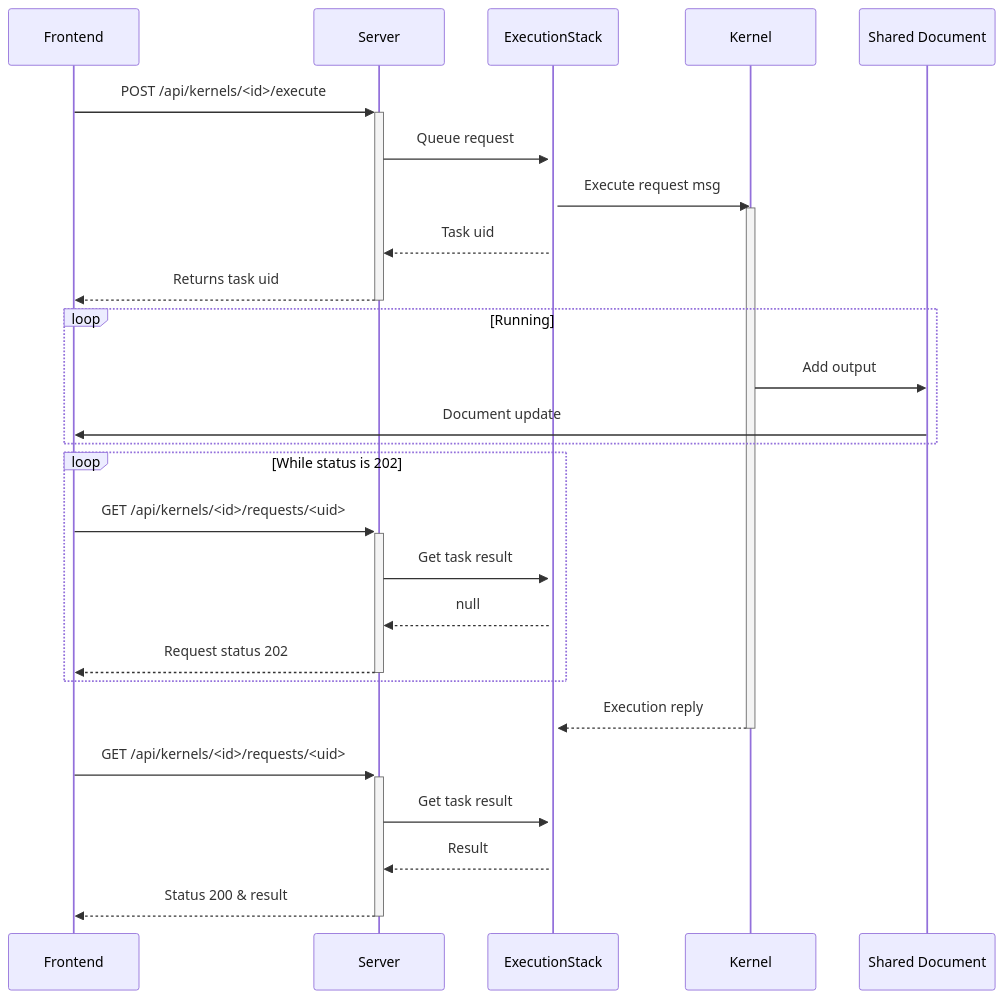
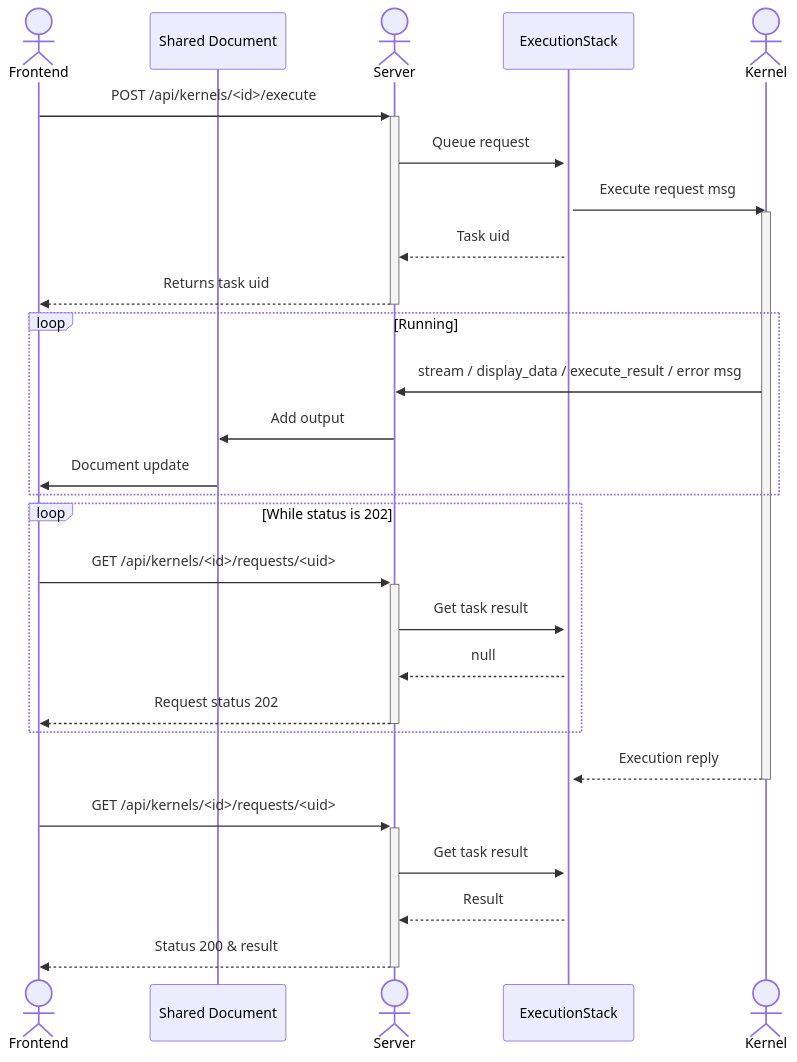
One commit to datalayer/jupyter-server-nbmodel changed the first of 2 diagrams in README.md. Above: the diagram before and after it, drawn with Mermaid. The commit also changed other lines of this file, not shown here.

Commit message:
Diagram fix: Kernel doesn't update Y doc, Server does
- also moved Shared document left between Frontend and Server
- using `actor` stick figure shapes for actual separate processes

````diff
--- a/README.md
+++ b/README.md
@@ -75,25 +75,27 @@
 ```mermaid
 sequenceDiagram
+    actor Frontend; participant Shared Document; actor Server; participant ExecutionStack; actor Kernel
     Frontend->>+Server: POST /api/kernels/<id>/execute
     Server->>+ExecutionStack: Queue request
     ExecutionStack->>Kernel: Execute request msg
     activate Kernel
     ExecutionStack-->>Server: Task uid
     Server-->>-Frontend: Returns task uid
     loop Running
-        Kernel->>Shared Document: Add output
+        Kernel->>Server: stream / display_data / execute_result / error msg
+        Server->>Shared Document: Add output
         Shared Document->>Frontend: Document update
     end
     loop While status is 202
         Frontend->>+Server: GET /api/kernels/<id>/requests/<uid>
         Server->>ExecutionStack: Get task result
         ExecutionStack-->>Server: null
         Server-->>-Frontend: Request status 202
     end
     Kernel-->>ExecutionStack: Execution reply
     deactivate Kernel
     Frontend->>+Server: GET /api/kernels/<id>/requests/<uid>
     Server->>ExecutionStack: Get task result
     ExecutionStack-->>Server: Result
     Server-->>-Frontend: Status 200 & result
 ```
````
